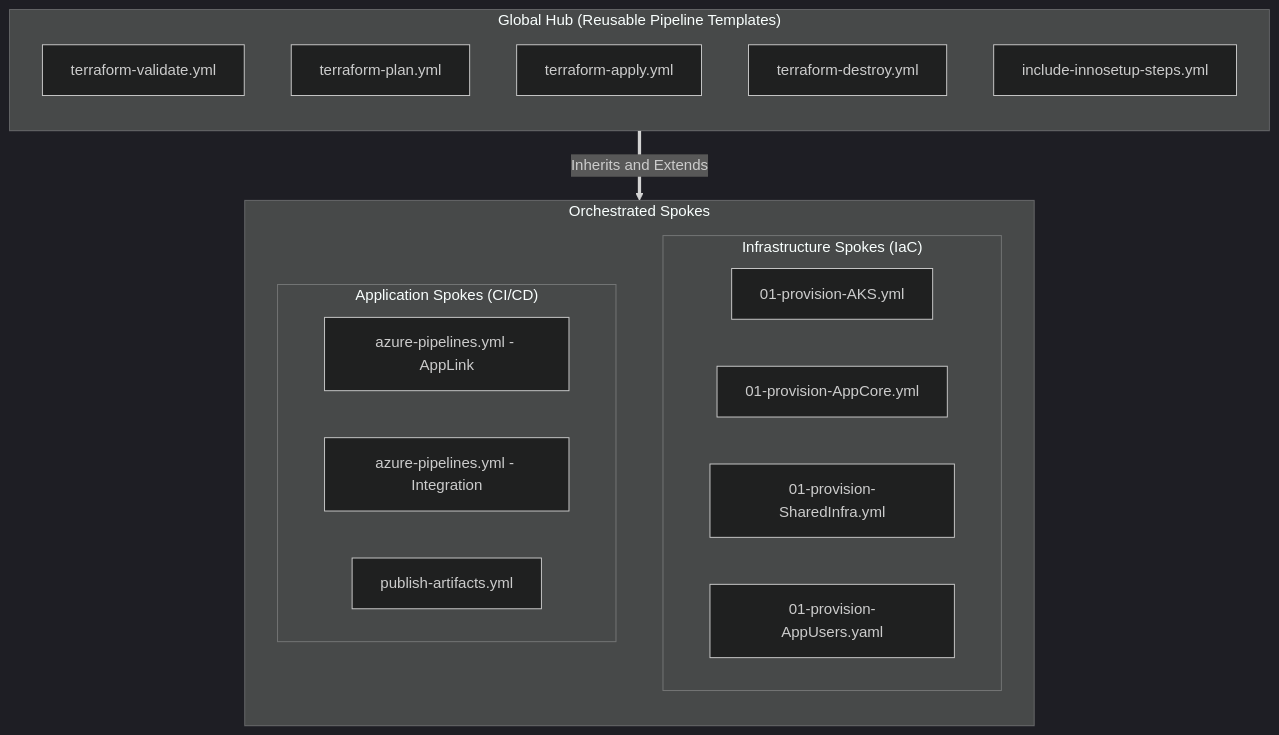
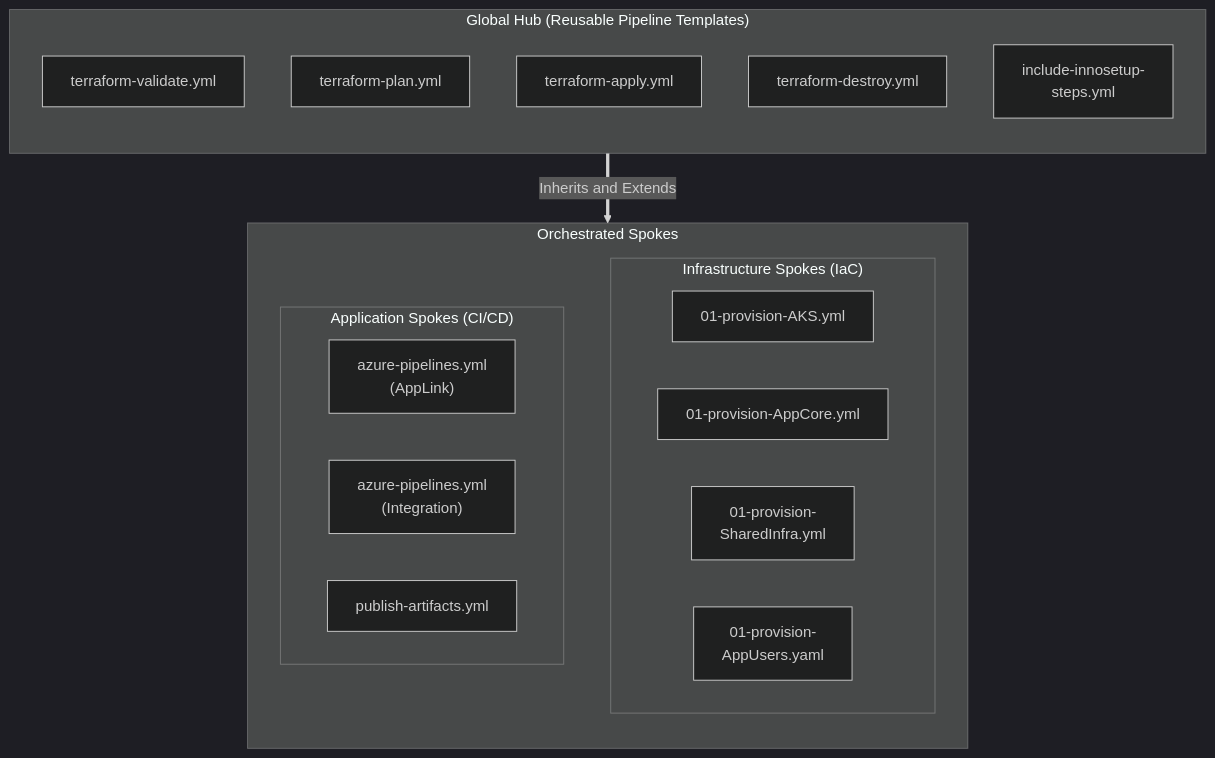
One commit to nubenetes/terraform-azure-devops-agentic changed the first of 3 diagrams in docs/411-AZURE_DEVOPS_PIPELINES_ORCHESTRATION.md. Above: the diagram before and after it, drawn with Mermaid (dark theme). The commit also changed other lines of this file and 23 other files, not shown here.

Commit message:
docs: establish automated Mermaid validator and eliminate text clipping repo-wide

````diff
--- a/docs/411-AZURE_DEVOPS_PIPELINES_ORCHESTRATION.md
+++ b/docs/411-AZURE_DEVOPS_PIPELINES_ORCHESTRATION.md
@@ -56,28 +56,28 @@
 ```mermaid
 flowchart TB
     subgraph Global_Hub ["Global Hub (Reusable Pipeline Templates)"]
         direction TB
         T_VAL[terraform-validate.yml]
         T_PLN[terraform-plan.yml]
         T_APP[terraform-apply.yml]
         T_DES[terraform-destroy.yml]
-        T_IS[include-innosetup-steps.yml]
+        T_IS["include-innosetup-<br/>steps.yml"]
     end
     subgraph Spokes ["Orchestrated Spokes"]
         direction TB
         subgraph Infra_Spokes ["Infrastructure Spokes (IaC)"]
             direction LR
             P_AKS[01-provision-AKS.yml]
             P_CORE[01-provision-AppCore.yml]
-            P_INFRA[01-provision-SharedInfra.yml]
-            P_USERS[01-provision-AppUsers.yaml]
+            P_INFRA["01-provision-<br/>SharedInfra.yml"]
+            P_USERS["01-provision-<br/>AppUsers.yaml"]
         end
         subgraph App_Spokes ["Application Spokes (CI/CD)"]
             direction LR
-            P_LINK[azure-pipelines.yml - AppLink]
-            P_INT[azure-pipelines.yml - Integration]
+            P_LINK["azure-pipelines.yml<br/>(AppLink)"]
+            P_INT["azure-pipelines.yml<br/>(Integration)"]
             P_ART[publish-artifacts.yml]
         end
     end
     Global_Hub ==>|Inherits and Extends| Spokes
 ```
````
